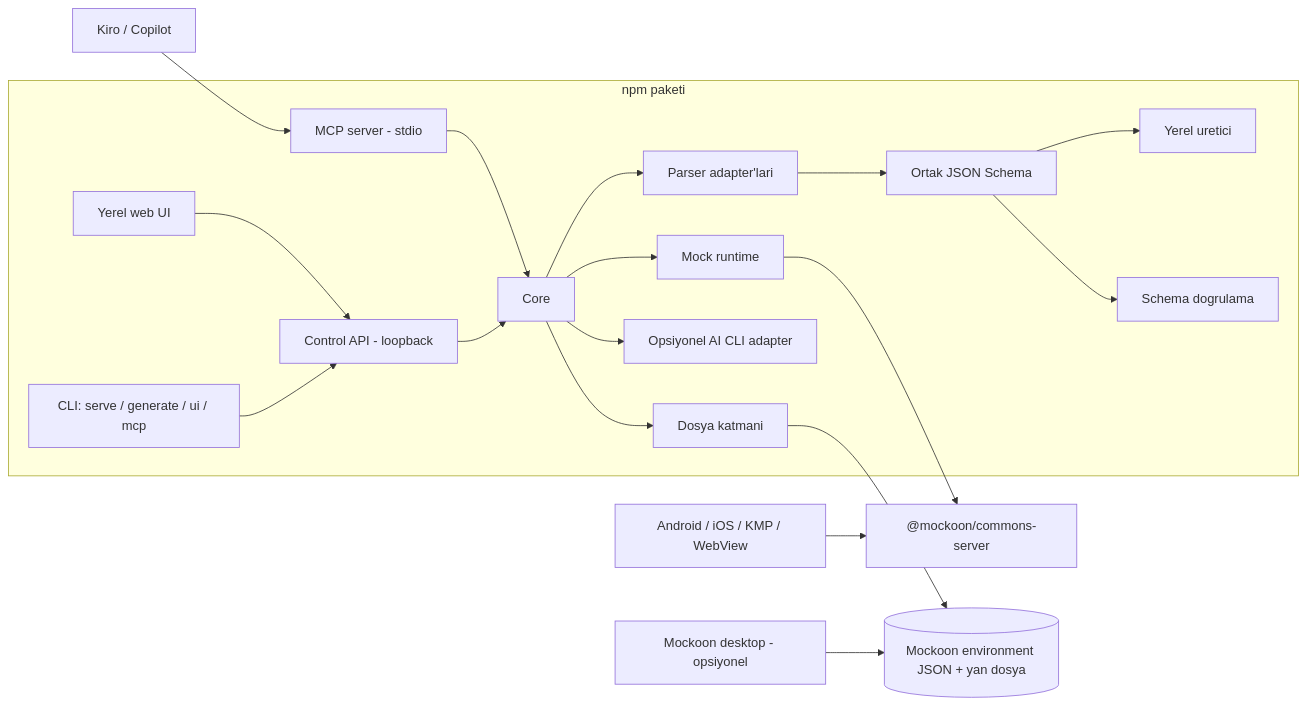
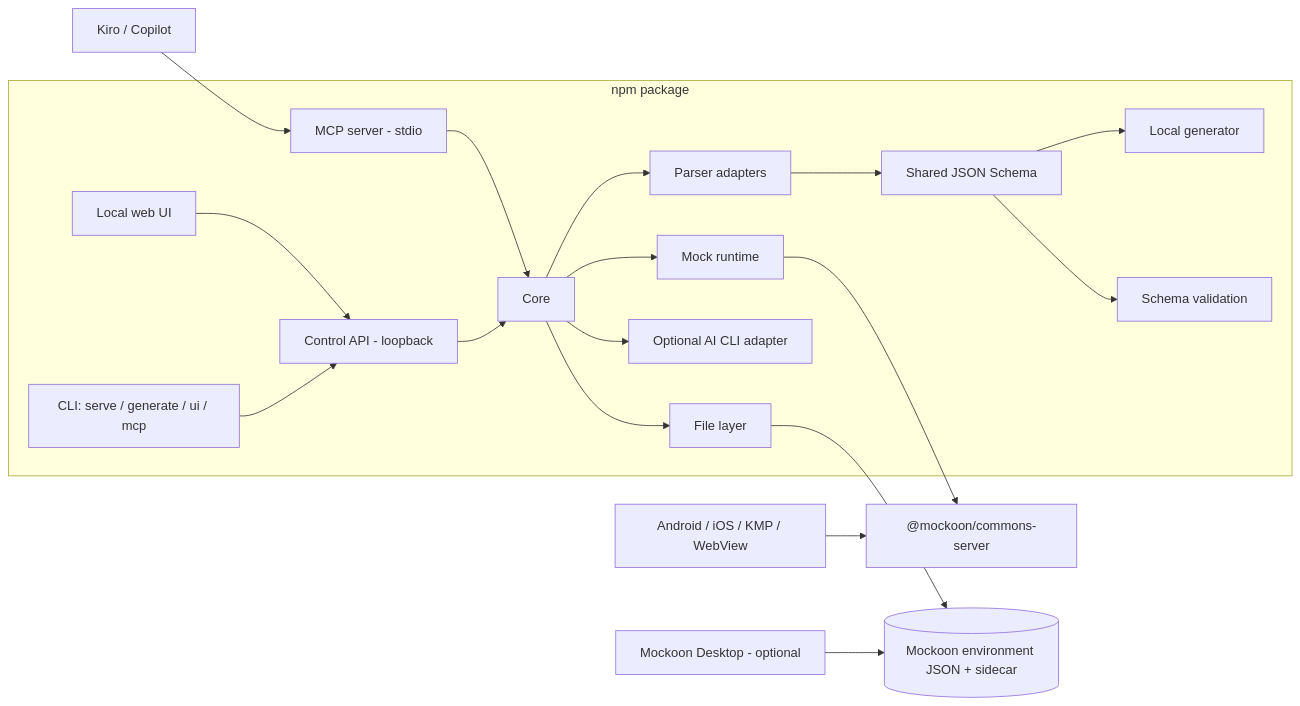
One commit to leventozgur/MockBrew changed the diagram in docs/ARCHITECTURE.md. Above: the diagram before and after it, drawn with Mermaid. The commit also changed other lines of this file and 11 other files, not shown here.

````diff
--- a/docs/ARCHITECTURE.md
+++ b/docs/ARCHITECTURE.md
@@ -27,22 +27,22 @@
 ```mermaid
 graph LR
-  subgraph pkg[npm paketi]
+  subgraph pkg[npm package]
     CLI[CLI: serve / generate / ui / mcp]
-    UI[Yerel web UI] --> Control[Control API - loopback]
+    UI[Local web UI] --> Control[Control API - loopback]
     CLI --> Control
     MCP[MCP server - stdio] --> Core
     Control --> Core[Core]
-    Core --> Store[Dosya katmani]
-    Core --> Parser[Parser adapter'lari]
-    Parser --> Schema[Ortak JSON Schema]
-    Schema --> Gen[Yerel uretici]
-    Schema --> Val[Schema dogrulama]
-    Core --> AiCli[Opsiyonel AI CLI adapter]
+    Core --> Store[File layer]
+    Core --> Parser[Parser adapters]
+    Parser --> Schema[Shared JSON Schema]
+    Schema --> Gen[Local generator]
+    Schema --> Val[Schema validation]
+    Core --> AiCli[Optional AI CLI adapter]
     Core --> Runtime[Mock runtime]
   end
   Runtime --> Engine["@mockoon/commons-server"]
-  Store --> Files[(Mockoon environment JSON + yan dosya)]
-  Desktop[Mockoon desktop - opsiyonel] --> Files
+  Store --> Files[(Mockoon environment JSON + sidecar)]
+  Desktop[Mockoon Desktop - optional] --> Files
   Mobile[Android / iOS / KMP / WebView] --> Engine
   Agent[Kiro / Copilot] --> MCP
 ```
````
